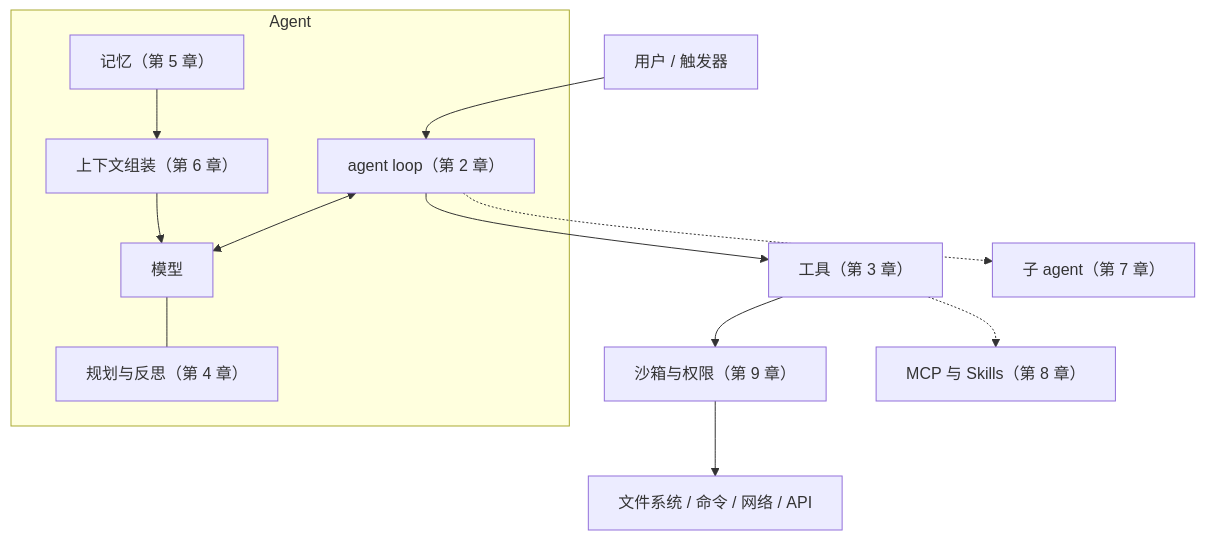
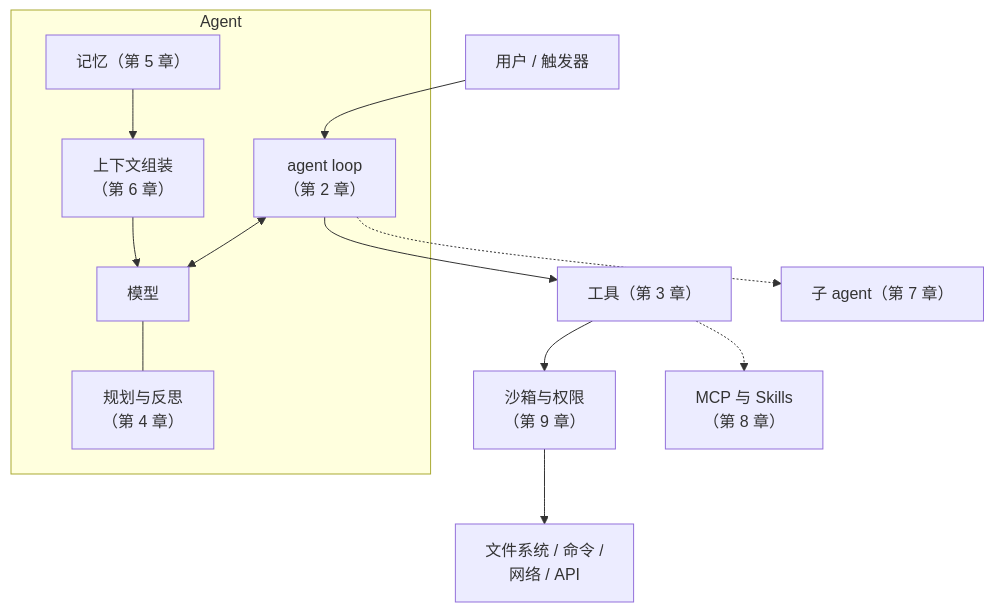
One commit to jarvis-pro/hatch-shelf changed the second of 2 diagrams in books/agent-principles/01-what-is-agent.md. Above: the diagram before and after it, drawn with Mermaid. The commit also changed other lines of this file and 432 other files, not shown here.

````diff
--- a/books/agent-principles/01-what-is-agent.md
+++ b/books/agent-principles/01-what-is-agent.md
@@ -106,20 +107,20 @@
 ```mermaid
 flowchart TB
   U["用户 / 触发器"] --> L
   subgraph Agent
-    L["agent loop（第 2 章）"]
+    L["agent loop<br/>（第 2 章）"]
     M["模型"]
-    P["规划与反思（第 4 章）"]
-    CX["上下文组装（第 6 章）"]
+    P["规划与反思<br/>（第 4 章）"]
+    CX["上下文组装<br/>（第 6 章）"]
     MEM["记忆（第 5 章）"]
     L <--> M
     M --- P
     CX --> M
     MEM --> CX
   end
   L --> T["工具（第 3 章）"]
-  T --> SB["沙箱与权限（第 9 章）"]
-  SB --> ENV["文件系统 / 命令 / 网络 / API"]
-  T -.-> MCP["MCP 与 Skills（第 8 章）"]
+  T --> SB["沙箱与权限<br/>（第 9 章）"]
+  SB --> ENV["文件系统 / 命令 /<br/>网络 / API"]
+  T -.-> MCP["MCP 与 Skills<br/>（第 8 章）"]
   L -.-> SUB["子 agent（第 7 章）"]
 ```
````
